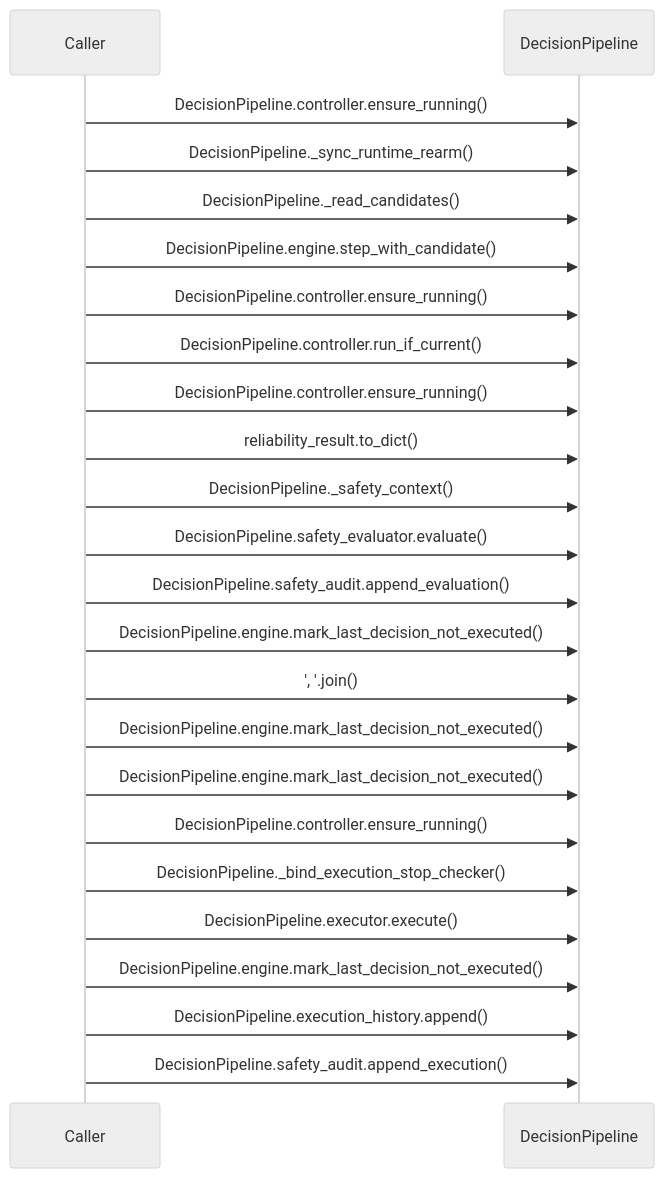
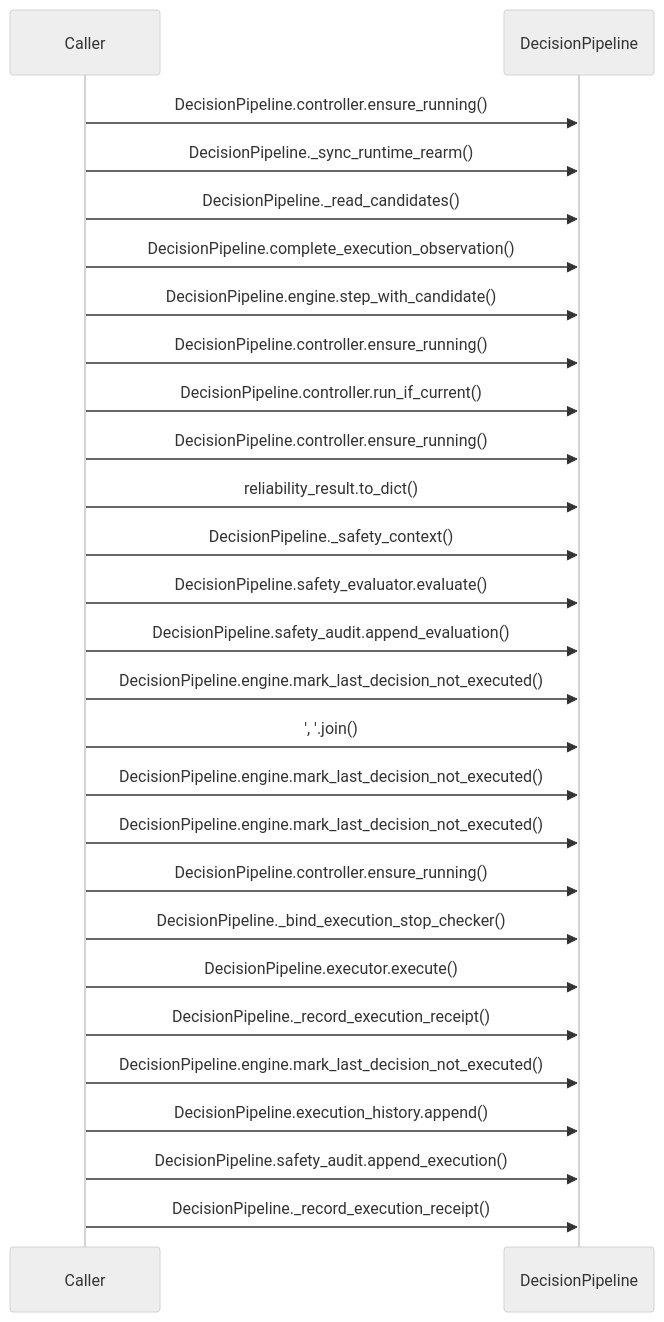
The diagram in doc/sequence_diagram.mmd (tomiya7688/AI_game_player), drawn with Mermaid (neutral theme) before and after one commit. The commit also changed 23 other files, not shown here.

```diff
--- a/doc/sequence_diagram.mmd
+++ b/doc/sequence_diagram.mmd
@@ -1,24 +1,27 @@
 sequenceDiagram
     participant caller as Caller
     participant target as DecisionPipeline
     caller->>target: DecisionPipeline.controller.ensure_running()
     caller->>target: DecisionPipeline._sync_runtime_rearm()
     caller->>target: DecisionPipeline._read_candidates()
+    caller->>target: DecisionPipeline.complete_execution_observation()
     caller->>target: DecisionPipeline.engine.step_with_candidate()
     caller->>target: DecisionPipeline.controller.ensure_running()
     caller->>target: DecisionPipeline.controller.run_if_current()
     caller->>target: DecisionPipeline.controller.ensure_running()
     caller->>target: reliability_result.to_dict()
     caller->>target: DecisionPipeline._safety_context()
     caller->>target: DecisionPipeline.safety_evaluator.evaluate()
     caller->>target: DecisionPipeline.safety_audit.append_evaluation()
     caller->>target: DecisionPipeline.engine.mark_last_decision_not_executed()
     caller->>target: ', '.join()
     caller->>target: DecisionPipeline.engine.mark_last_decision_not_executed()
     caller->>target: DecisionPipeline.engine.mark_last_decision_not_executed()
     caller->>target: DecisionPipeline.controller.ensure_running()
     caller->>target: DecisionPipeline._bind_execution_stop_checker()
     caller->>target: DecisionPipeline.executor.execute()
+    caller->>target: DecisionPipeline._record_execution_receipt()
     caller->>target: DecisionPipeline.engine.mark_last_decision_not_executed()
     caller->>target: DecisionPipeline.execution_history.append()
     caller->>target: DecisionPipeline.safety_audit.append_execution()
+    caller->>target: DecisionPipeline._record_execution_receipt()
```
